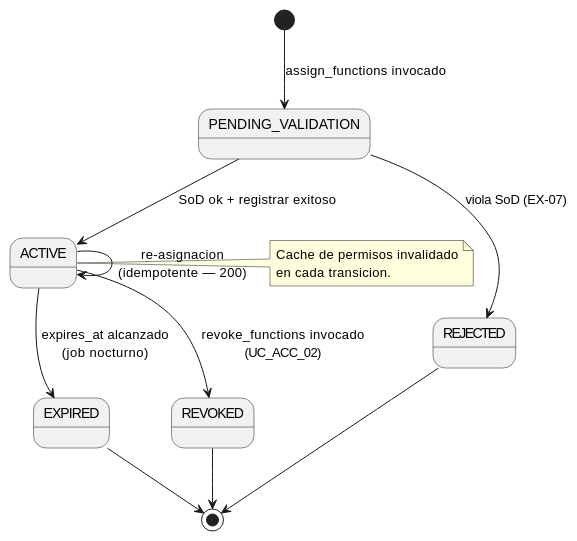
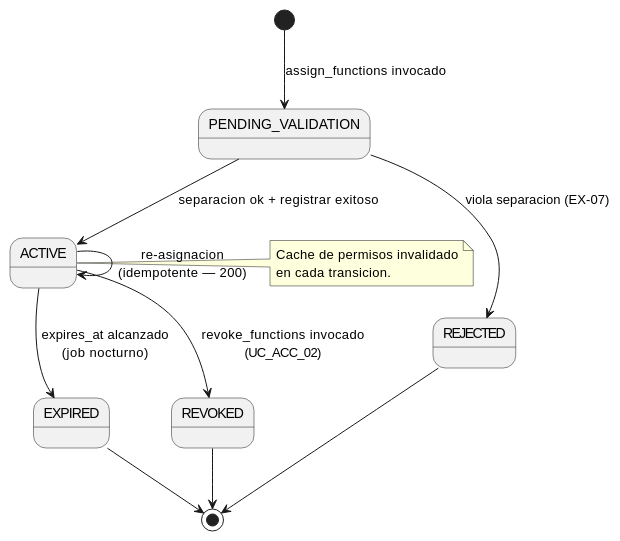
Before and after one commit to jcg-admin/IACT-docs: the diagram in source/arquitectura-tecnica/rbac/modelo-rbac-iact/diagramas/ciclo-vida-asignacion.rst, drawn with PlantUML. The commit also changed 32 other files, not shown here.

```diff
--- a/source/arquitectura-tecnica/rbac/modelo-rbac-iact/diagramas/ciclo-vida-asignacion.rst
+++ b/source/arquitectura-tecnica/rbac/modelo-rbac-iact/diagramas/ciclo-vida-asignacion.rst
@@ -19,24 +19,24 @@
 .. uml::
  :caption: Estados de una asignacion de funcion — incluye expiracion automatica.
 
  @startuml
 
  [*] --> PENDING_VALIDATION : assign_functions invocado
 
- PENDING_VALIDATION --> ACTIVE : SoD ok + registrar exitoso
- PENDING_VALIDATION --> REJECTED : viola SoD (EX-07)
+ PENDING_VALIDATION --> ACTIVE : separacion ok + registrar exitoso
+ PENDING_VALIDATION --> REJECTED : viola separacion (EX-07)
 
  ACTIVE --> EXPIRED : expires_at alcanzado\n(job nocturno)
  ACTIVE --> REVOKED : revoke_functions invocado\n(UC_ACC_02)
  ACTIVE --> ACTIVE : re-asignacion\n(idempotente — 200)
 
  EXPIRED --> [*]
  REVOKED --> [*]
  REJECTED --> [*]
 
  note right of ACTIVE
    Cache de permisos invalidado
    en cada transicion.
  end note
 
  @enduml
```
